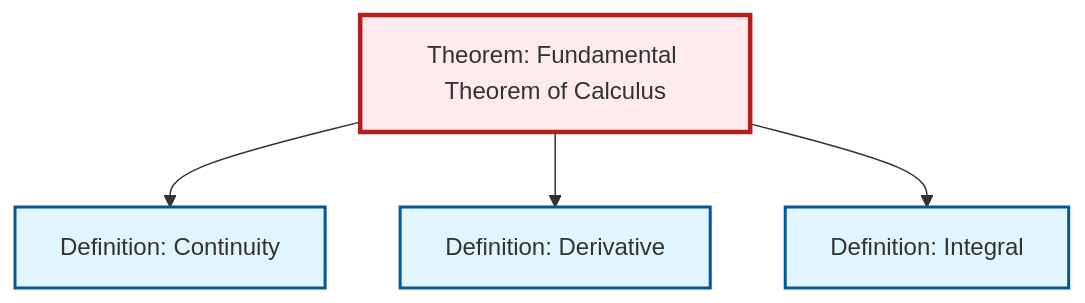
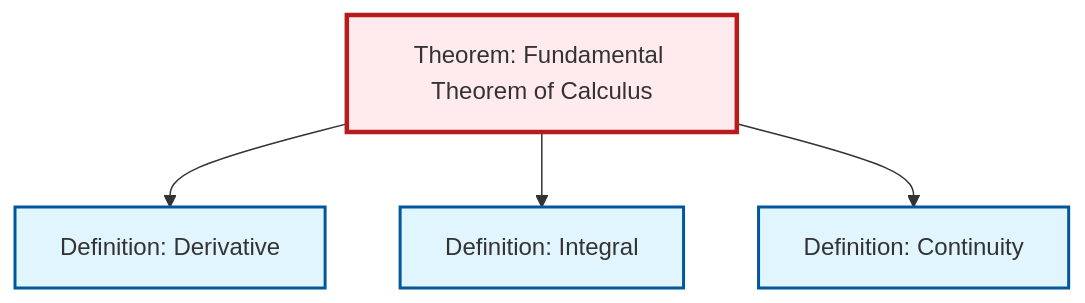
The diagram in content/ja/analysis/thm-fundamental-calculus.qmd (RK0429/ModernMath), drawn with Mermaid before and after one commit. The commit also changed other lines of this file and 634 other files, not shown here.

````diff
--- a/content/ja/analysis/thm-fundamental-calculus.qmd
+++ b/content/ja/analysis/thm-fundamental-calculus.qmd
@@ -142,20 +142,20 @@
 ```{mermaid}
 %%| fig-cap: "Local dependency graph"
 graph TD
     classDef definition fill:#e1f5fe,stroke:#01579b,stroke-width:2px
     classDef theorem fill:#f3e5f5,stroke:#4a148c,stroke-width:2px
     classDef axiom fill:#fff3e0,stroke:#e65100,stroke-width:2px
     classDef example fill:#e8f5e9,stroke:#1b5e20,stroke-width:2px
     classDef current fill:#ffebee,stroke:#b71c1c,stroke-width:3px
     def-continuity["Definition: Continuity"]:::definition
+    def-derivative["Definition: Derivative"]:::definition
+    thm-fundamental-calculus["Theorem: Fundamental Theorem of Calculus"]:::theorem
     def-integral["Definition: Integral"]:::definition
-    thm-fundamental-calculus["Theorem: Fundamental Theorem of Calculus"]:::theorem
-    def-derivative["Definition: Derivative"]:::definition
-    thm-fundamental-calculus --> def-continuity
     thm-fundamental-calculus --> def-derivative
     thm-fundamental-calculus --> def-integral
+    thm-fundamental-calculus --> def-continuity
     class thm-fundamental-calculus current
     click def-continuity "def-continuity.html" "Definition: Continuityへ"
+    click def-derivative "def-derivative.html" "Definition: Derivativeへ"
     click def-integral "def-integral.html" "Definition: Integralへ"
-    click def-derivative "def-derivative.html" "Definition: Derivativeへ"
 ```
````
